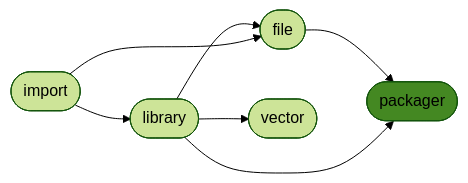
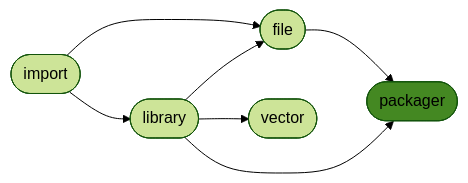
The diagram in README.md (ManderaGeneral/generalpackager), drawn with Mermaid (forest theme) before and after one commit. The commit also changed other lines of this file, not shown here.

````diff
--- a/README.md
+++ b/README.md
@@ -24,15 +24,15 @@
 ```mermaid
 flowchart LR
-1([library]) --> 2([file])
+0([import]) --> 2([file])
+0([import]) --> 1([library])
 2([file]) --> 4([packager])
 1([library]) --> 4([packager])
-0([import]) --> 1([library])
+1([library]) --> 2([file])
 1([library]) --> 3([vector])
-0([import]) --> 2([file])
 click 0 "https://github.com/ManderaGeneral/generalimport"
 click 1 "https://github.com/ManderaGeneral/generallibrary"
 click 2 "https://github.com/ManderaGeneral/generalfile"
 click 3 "https://github.com/ManderaGeneral/generalvector"
 click 4 "https://github.com/ManderaGeneral/generalpackager"
 style 4 fill:#482
 ```
````
